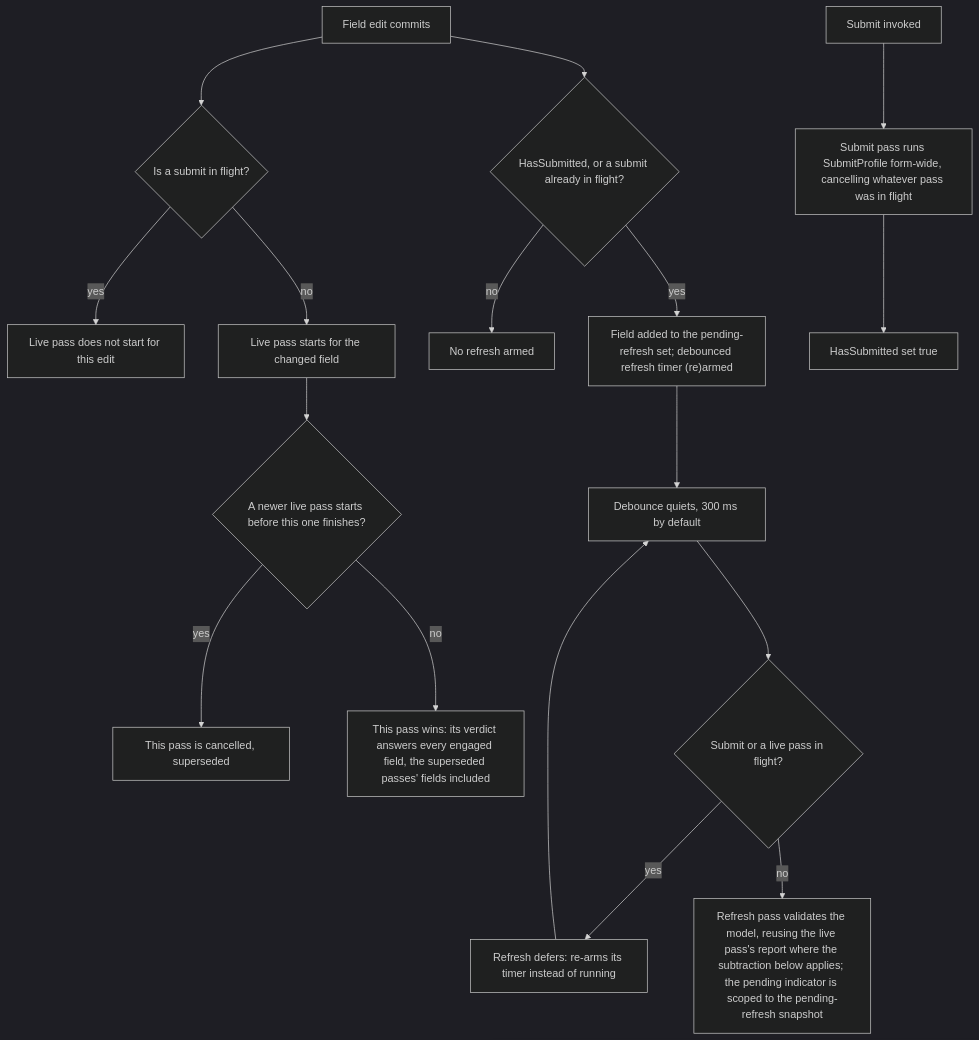
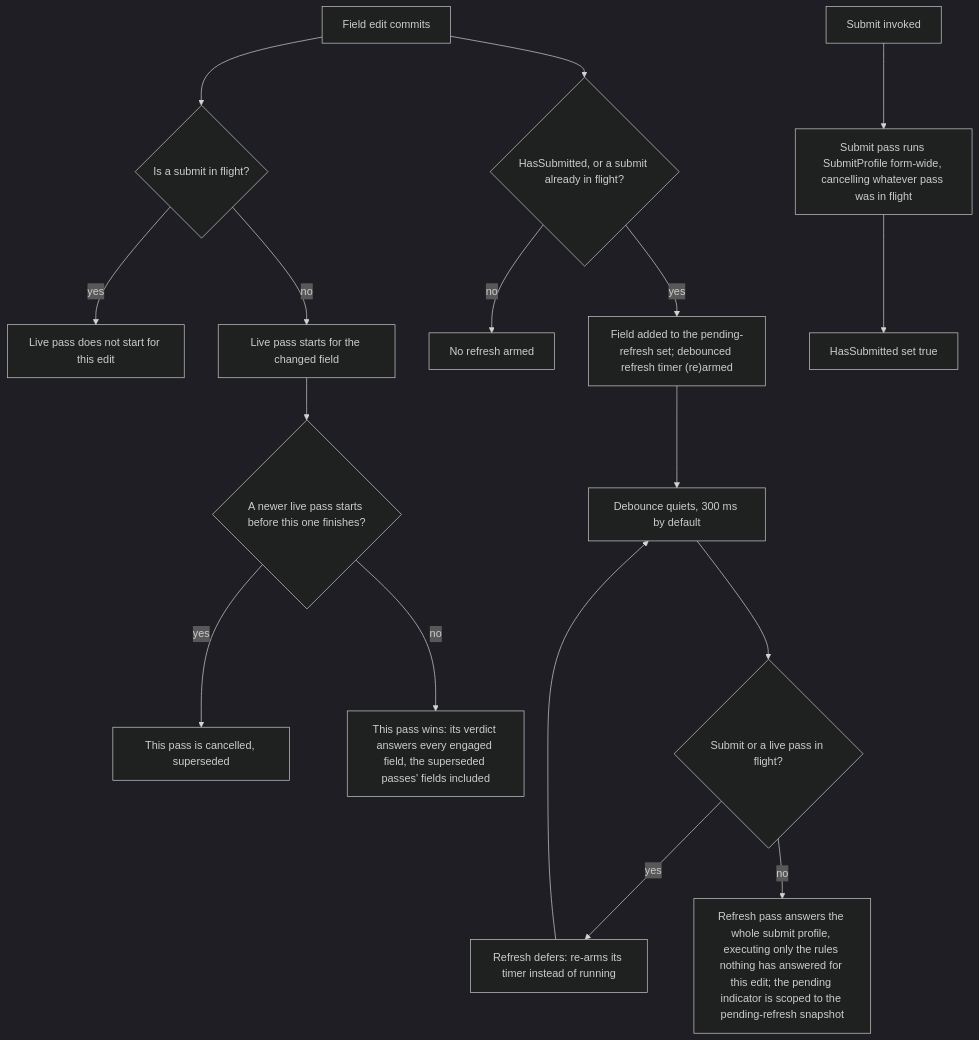
One commit to xfunc-pty-ltd/formidable changed the diagram in docs/async-validation.md. Above: the diagram before and after it, drawn with Mermaid (dark theme). The commit also changed other lines of this file and 25 other files, not shown here.

````diff
--- a/docs/async-validation.md
+++ b/docs/async-validation.md
@@ -144,22 +144,22 @@
 ```mermaid
 flowchart TD
     A["Field edit commits"] --> B{"Is a submit in flight?"}
     B -- "yes" --> C["Live pass does not start for this edit"]
     B -- "no" --> D["Live pass starts for the changed field"]
     D --> E{"A newer live pass starts before this one finishes?"}
     E -- "yes" --> F["This pass is cancelled, superseded"]
     E -- "no" --> G["This pass wins: its verdict answers every engaged field, the superseded passes' fields included"]
 
     A --> H{"HasSubmitted, or a submit already in flight?"}
     H -- "no" --> I["No refresh armed"]
     H -- "yes" --> J["Field added to the pending-refresh set; debounced refresh timer (re)armed"]
 
     J --> K["Debounce quiets, 300 ms by default"]
     K --> L{"Submit or a live pass in flight?"}
     L -- "yes" --> M["Refresh defers: re-arms its timer instead of running"]
     M --> K
-    L -- "no" --> N["Refresh pass validates the model, reusing the live pass's report where the subtraction below applies; the pending indicator is scoped to the pending-refresh snapshot"]
+    L -- "no" --> N["Refresh pass answers the whole submit profile, executing only the rules nothing has answered for this edit; the pending indicator is scoped to the pending-refresh snapshot"]
 
     O["Submit invoked"] --> P["Submit pass runs SubmitProfile form-wide, cancelling whatever pass was in flight"]
     P --> Q["HasSubmitted set true"]
 ```
````
